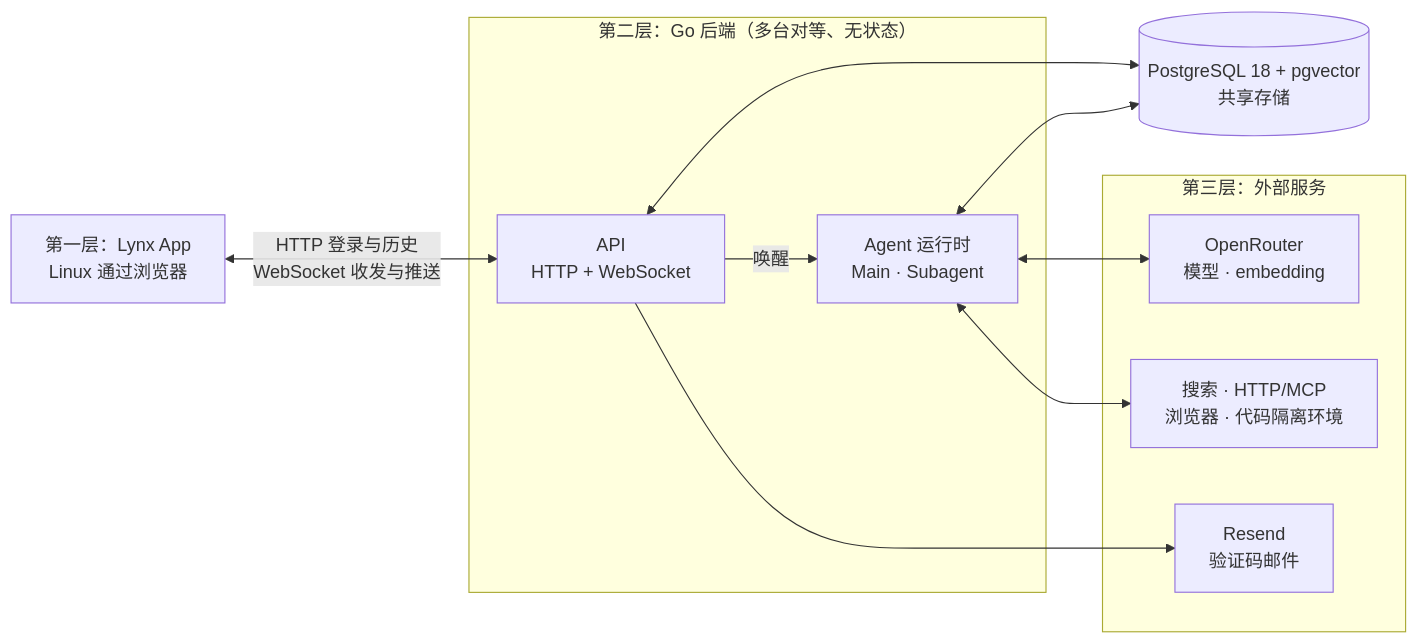
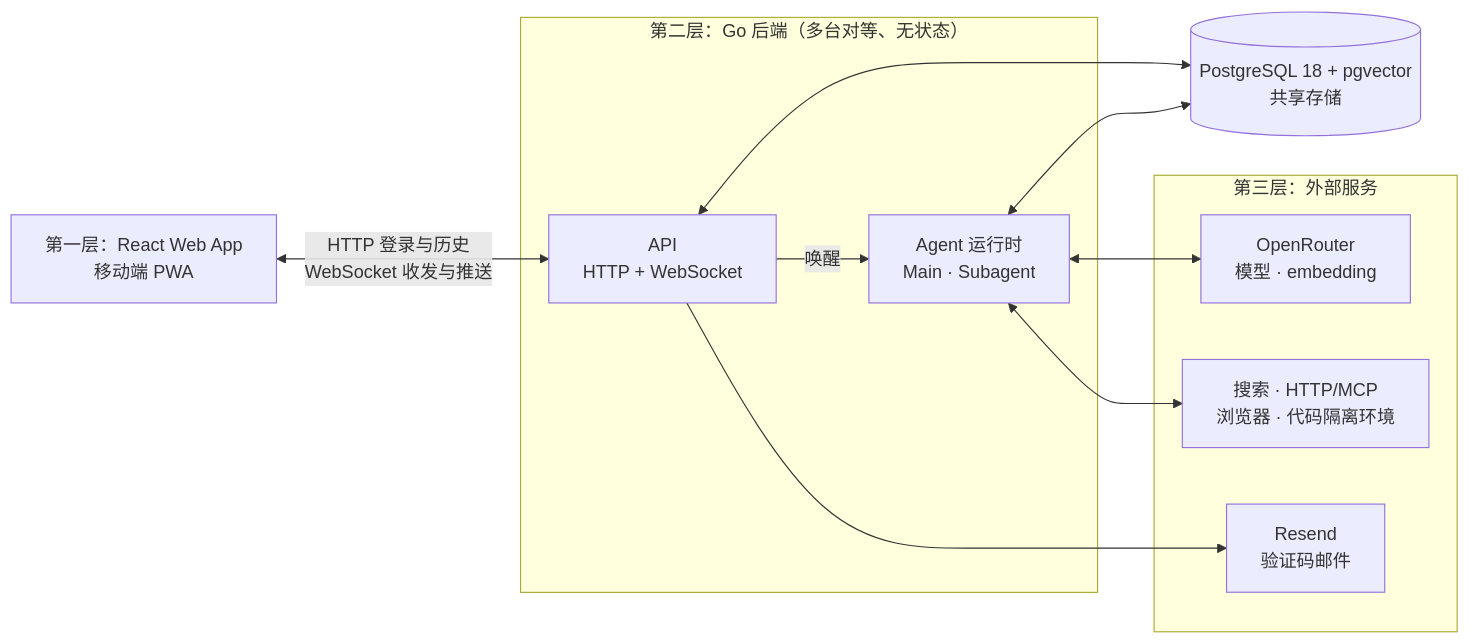
Before and after one commit to OmniNetOpensource/aether-personal: the diagram in docs/wiki/01-overview.md, drawn with Mermaid. The commit also changed other lines of this file and 10 other files, not shown here.

````diff
--- a/docs/wiki/01-overview.md
+++ b/docs/wiki/01-overview.md
@@ -23,22 +23,22 @@
 ```mermaid
 flowchart LR
-    APP["第一层：Lynx App<br/>Linux 通过浏览器"]
+    APP["第一层：React Web App<br/>移动端 PWA"]
     subgraph BACKEND["第二层：Go 后端（多台对等、无状态）"]
         API["API<br/>HTTP + WebSocket"]
         RUNTIME["Agent 运行时<br/>Main · Subagent"]
     end
     DB[("PostgreSQL 18 + pgvector<br/>共享存储")]
     subgraph EXTERNAL["第三层：外部服务"]
         OPENROUTER["OpenRouter<br/>模型 · embedding"]
         RESEND["Resend<br/>验证码邮件"]
         TOOLS["搜索 · HTTP/MCP<br/>浏览器 · 代码隔离环境"]
     end
 
     APP <-->|"HTTP 登录与历史<br/>WebSocket 收发与推送"| API
     API <--> DB
     RUNTIME <--> DB
     API -->|"唤醒"| RUNTIME
     RUNTIME <--> OPENROUTER
     API --> RESEND
     RUNTIME <--> TOOLS
 ```
````
